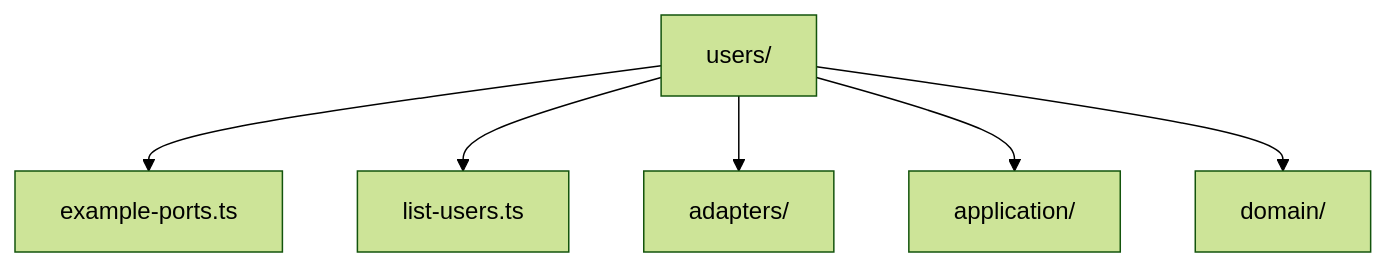
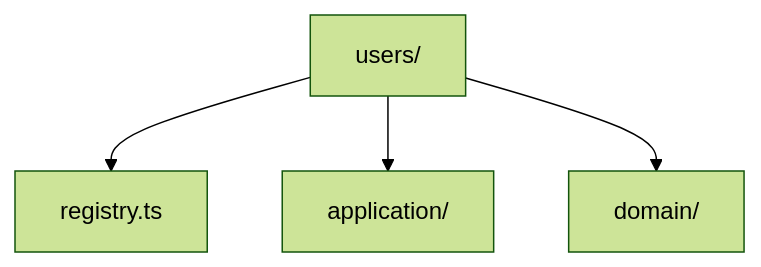
Before and after one commit to virtualitems/tshex-cli: the second of 2 diagrams in docs/context-ports.md, drawn with Mermaid (forest theme). The commit also changed other lines of this file, not shown here.

````diff
--- a/docs/context-ports.md
+++ b/docs/context-ports.md
@@ -162,8 +111,6 @@
 ```mermaid
 flowchart TD
-    users["users/"] --> examplePorts["example-ports.ts"]
-    users --> listUsers["list-users.ts"]
-    users --> adapters["adapters/"]
+    users["users/"] --> registry["registry.ts"]
     users --> application["application/"]
     users --> domain["domain/"]
 ```
````
